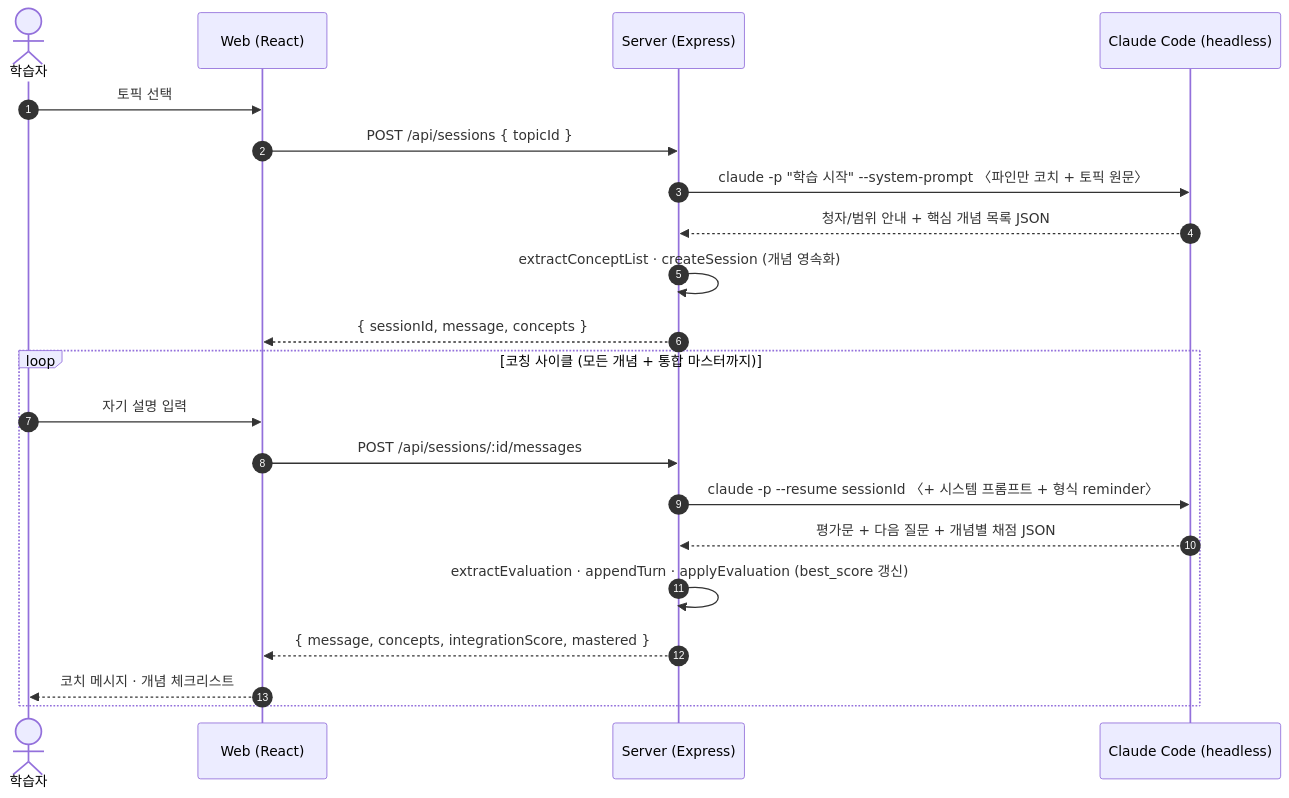
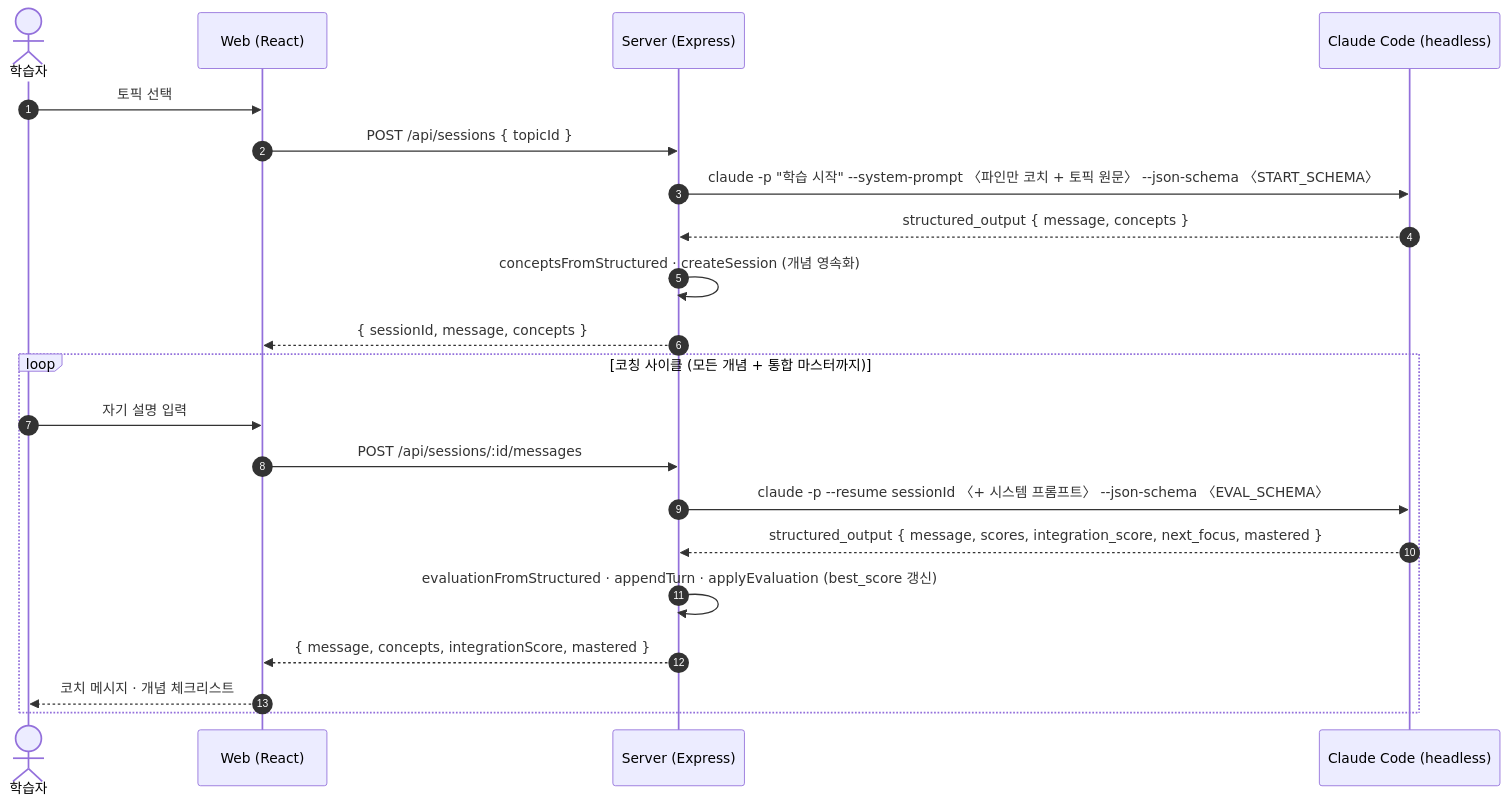
Before and after one commit to ckgod/maft: the first of 3 diagrams in README.md, drawn with Mermaid. The commit also changed other lines of this file and 3 other files, not shown here.

````diff
--- a/README.md
+++ b/README.md
@@ -34,25 +34,25 @@
 ```mermaid
 sequenceDiagram
   autonumber
   actor U as 학습자
   participant W as Web (React)
   participant S as Server (Express)
   participant C as Claude Code (headless)
 
   U->>W: 토픽 선택
   W->>S: POST /api/sessions { topicId }
-  S->>C: claude -p "학습 시작" --system-prompt 〈파인만 코치 + 토픽 원문〉
-  C-->>S: 청자/범위 안내 + 핵심 개념 목록 JSON
-  S->>S: extractConceptList · createSession (개념 영속화)
+  S->>C: claude -p "학습 시작" --system-prompt 〈파인만 코치 + 토픽 원문〉 --json-schema 〈START_SCHEMA〉
+  C-->>S: structured_output { message, concepts }
+  S->>S: conceptsFromStructured · createSession (개념 영속화)
   S-->>W: { sessionId, message, concepts }
 
   loop 코칭 사이클 (모든 개념 + 통합 마스터까지)
     U->>W: 자기 설명 입력
     W->>S: POST /api/sessions/:id/messages
-    S->>C: claude -p --resume sessionId 〈+ 시스템 프롬프트 + 형식 reminder〉
-    C-->>S: 평가문 + 다음 질문 + 개념별 채점 JSON
-    S->>S: extractEvaluation · appendTurn · applyEvaluation (best_score 갱신)
+    S->>C: claude -p --resume sessionId 〈+ 시스템 프롬프트〉 --json-schema 〈EVAL_SCHEMA〉
+    C-->>S: structured_output { message, scores, integration_score, next_focus, mastered }
+    S->>S: evaluationFromStructured · appendTurn · applyEvaluation (best_score 갱신)
     S-->>W: { message, concepts, integrationScore, mastered }
     W-->>U: 코치 메시지 · 개념 체크리스트
   end
 ```
````
